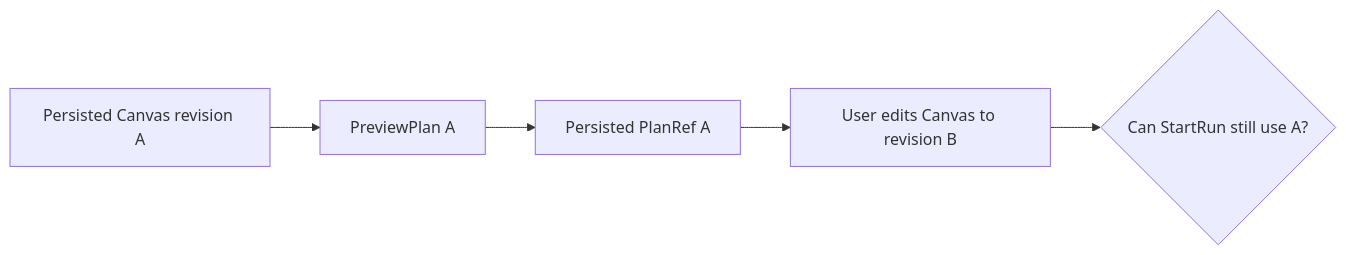
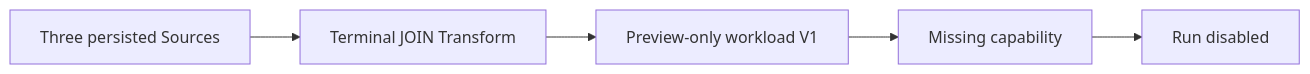
Before and after one commit to dunay2/dvt: the first of 2 diagrams in docs/planning/proposals/mandatory/frontend-and-ux/gh-3021-dvt-preview-run-live-plan-20260915.md, drawn with Mermaid. The commit also changed other lines of this file and 5 other files, not shown here.

````diff
--- a/docs/planning/proposals/mandatory/frontend-and-ux/gh-3021-dvt-preview-run-live-plan-20260915.md
+++ b/docs/planning/proposals/mandatory/frontend-and-ux/gh-3021-dvt-preview-run-live-plan-20260915.md
@@ -29,7 +28,7 @@
 ```mermaid
 flowchart LR
-  A[Persisted Canvas revision A] --> B[PreviewPlan A]
-  B --> C[Persisted PlanRef A]
-  C --> D[User edits Canvas to revision B]
-  D --> E{Can StartRun still use A?}
+  A[Three persisted Sources] --> B[Terminal JOIN Transform]
+  B --> C[Preview-only workload V1]
+  C --> D[Missing capability]
+  D --> E[Run disabled]
 ```
````
